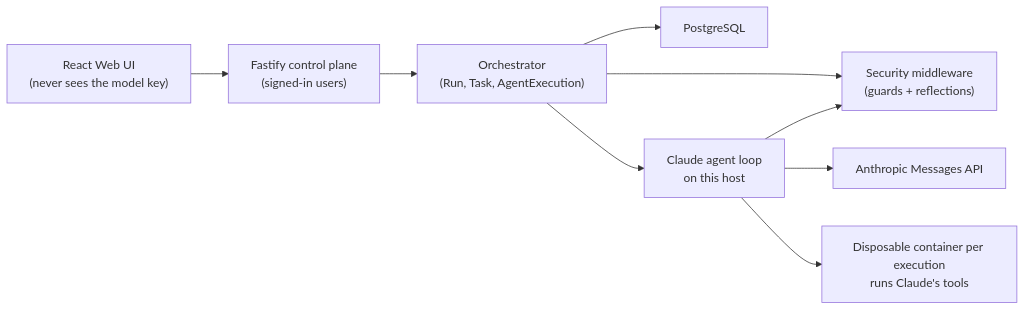
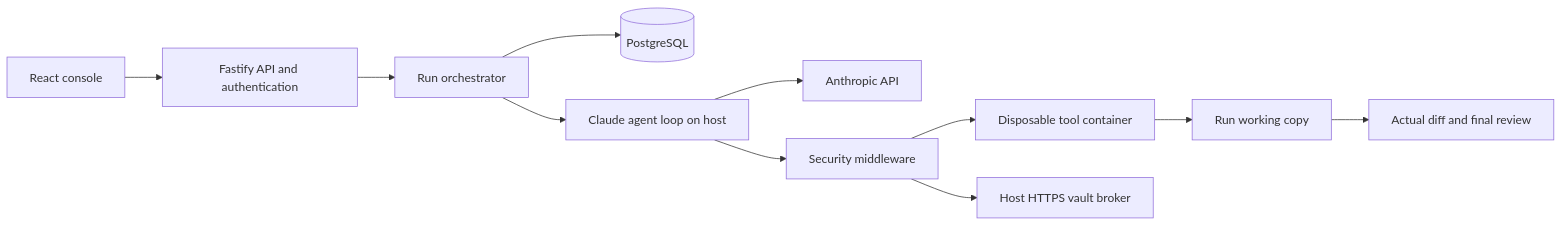
The diagram in README.md (Full-Stack-Project-Fast-Tix/agent-middleware), drawn with Mermaid before and after one commit. The commit also changed other lines of this file and 30 other files, not shown here.

````diff
--- a/README.md
+++ b/README.md
@@ -499,11 +21,13 @@
 ```mermaid
 flowchart LR
-    UI["React Web UI<br/>(never sees the model key)"] --> API["Fastify control plane<br/>(signed-in users)"]
-    API --> Orch["Orchestrator<br/>(Run, Task, AgentExecution)"]
-    Orch --> DB["PostgreSQL"]
-    Orch --> Gate["Security middleware<br/>(guards + reflections)"]
-    Orch --> Loop["Claude agent loop<br/>on this host"]
-    Loop --> Model["Anthropic Messages API"]
-    Loop --> Gate
-    Loop --> Tools["Disposable container per execution<br/>runs Claude's tools"]
+    Browser[React console] --> API[Fastify API and authentication]
+    API --> Orch[Run orchestrator]
+    Orch --> DB[(PostgreSQL)]
+    Orch --> Loop[Claude agent loop on host]
+    Loop --> Model[Anthropic API]
+    Loop --> Gate[Security middleware]
+    Gate --> Tools[Disposable tool container]
+    Gate --> Vault[Host HTTPS vault broker]
+    Tools --> Copy[Run working copy]
+    Copy --> Final[Actual diff and final review]
 ```
````
